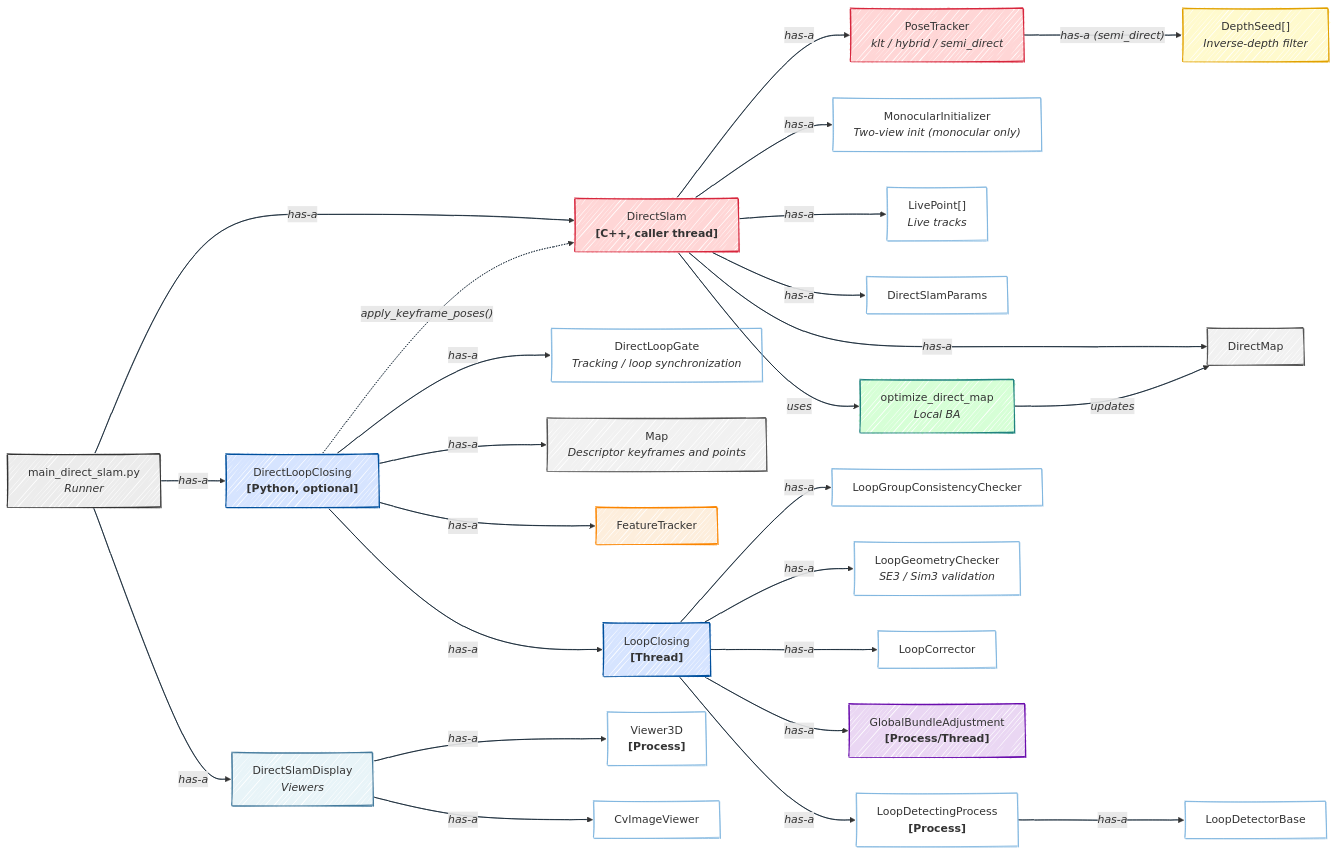
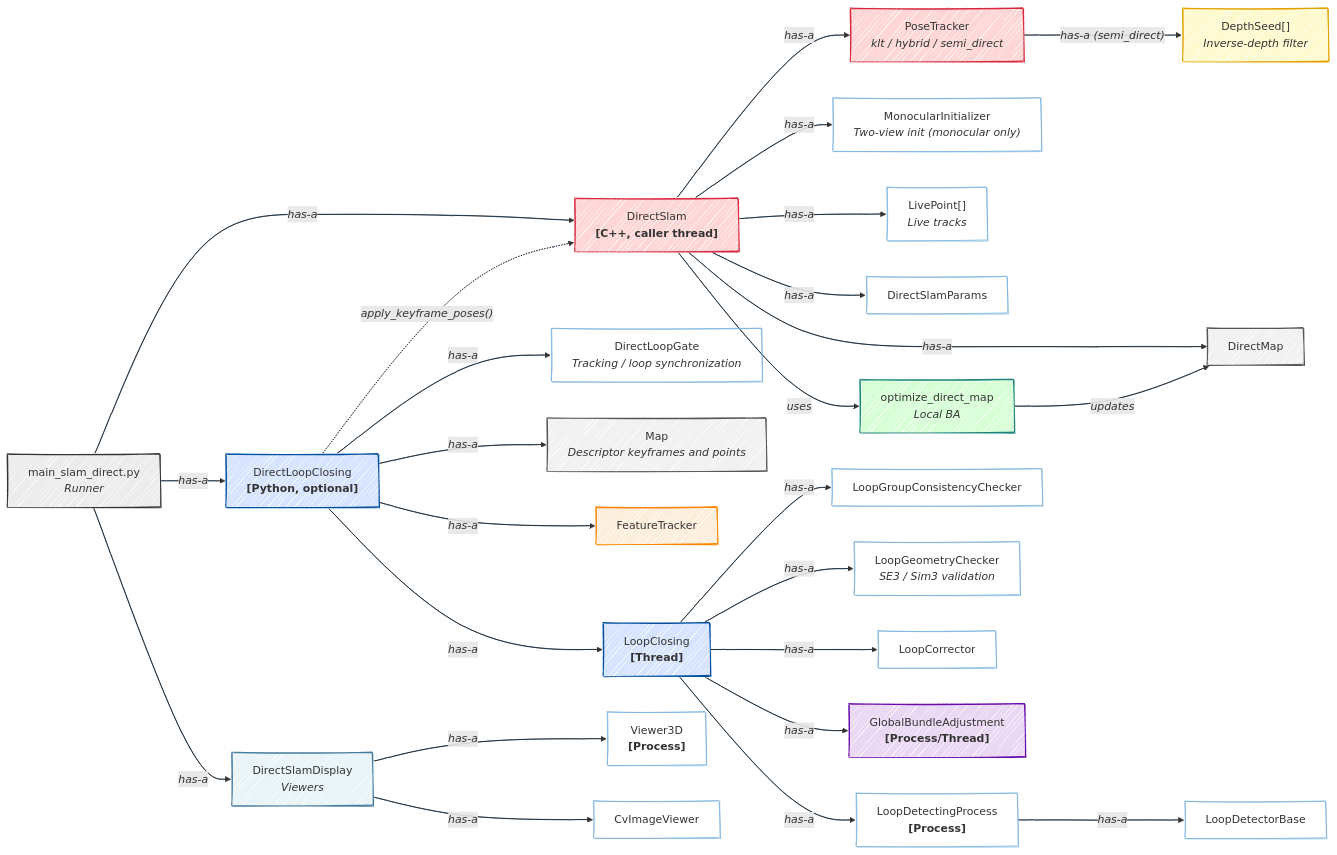
The diagram in docs/images/direct_slam/direct_slam_components.mmd (luigifreda/pyslam), drawn with Mermaid before and after one commit. The commit also changed 48 other files, not shown here.

First line of the commit message:
Harden direct SLAM: review fixes, relocalization, undistortion

```diff
--- a/docs/images/direct_slam/direct_slam_components.mmd
+++ b/docs/images/direct_slam/direct_slam_components.mmd
@@ -1,66 +1,66 @@
 ---
 config:
   look: handDrawn
   flowchart:
     wrappingWidth: 400
 ---
 graph LR;
-    %% Direct / semi-direct SLAM components (main_direct_slam.py, cpp/core/slam_direct, pyslam/slam/direct_loop_closing.py)
+    %% Direct / semi-direct SLAM components (main_slam_direct.py, cpp/core/slam_direct, pyslam/slam/direct_loop_closing.py)
     linkStyle default stroke:#021526,stroke-width:1px,font-size:16px;
 
     classDef system fill:#ECECEC,stroke:#333333,stroke-width:1.5px,font-size:16px;
     classDef moduleTracking fill:#FFD6D6,stroke:#D7263D,stroke-width:1.5px,font-size:16px;
     classDef moduleLocalMapping fill:#D6FFD6,stroke:#218380,stroke-width:1.5px,font-size:16px;
     classDef moduleLoopClosing fill:#D6E4FF,stroke:#00509D,stroke-width:1.5px,font-size:16px;
     classDef moduleDepthFilter fill:#FFFACD,stroke:#E1A100,stroke-width:1.5px,font-size:16px;
     classDef moduleGlobalBA fill:#EAD7F3,stroke:#6A0DAD,stroke-width:1.5px,font-size:16px;
     classDef moduleMap fill:#F1F1F1,stroke:#555555,stroke-width:1.5px,font-size:16px;
     classDef moduleFeatureTracker fill:#FDEEDC,stroke:#FB8500,stroke-width:1.5px,font-size:16px;
     classDef moduleViz fill:#E8F4F8,stroke:#457B9D,stroke-width:1.5px,font-size:16px;
 
     classDef component fill:none,stroke:#6EACDA,stroke-width:1px,font-size:16px;
 
     %% Runner
-    Runner["main_direct_slam.py<br><i>Runner</i>"];
+    Runner["main_slam_direct.py<br><i>Runner</i>"];
     Runner -->|"`_has-a_`"| DirectSlam["DirectSlam<br><b>[C++, caller thread]</b>"];
     Runner -->|"`_has-a_`"| DirectLoopClosing["DirectLoopClosing<br><b>[Python, optional]</b>"];
     Runner -->|"`_has-a_`"| DirectSlamDisplay["DirectSlamDisplay<br><i>Viewers</i>"];
 
     %% C++ core
     DirectSlam -->|"`_has-a_`"| PoseTracker["PoseTracker<br><i>klt / hybrid / semi_direct</i>"];
     DirectSlam -->|"`_has-a_`"| MonocularInitializer["MonocularInitializer<br><i>Two-view init (monocular only)</i>"];
     DirectSlam -->|"`_has-a_`"| DirectMap;
     DirectSlam -->|"`_has-a_`"| LivePoints["LivePoint[]<br><i>Live tracks</i>"];
     DirectSlam -->|"`_has-a_`"| DirectSlamParams;
     DirectSlam -->|"`_uses_`"| DirectBackend["optimize_direct_map<br><i>Local BA</i>"];
     DirectBackend -->|"`_updates_`"| DirectMap;
     PoseTracker -->|"`_has-a (semi_direct)_`"| DepthSeeds["DepthSeed[]<br><i>Inverse-depth filter</i>"];
 
     %% Loop closing (reuses the indirect pipeline's LoopClosing)
     DirectLoopClosing -->|"`_has-a_`"| DirectLoopGate["DirectLoopGate<br><i>Tracking / loop synchronization</i>"];
     DirectLoopClosing -->|"`_has-a_`"| Map["Map<br><i>Descriptor keyframes and points</i>"];
     DirectLoopClosing -->|"`_has-a_`"| FeatureTracker;
     DirectLoopClosing -->|"`_has-a_`"| LoopClosing["LoopClosing<br><b>[Thread]</b>"];
     LoopClosing -->|"`_has-a_`"| LoopDetectingProcess["LoopDetectingProcess<br><b>[Process]</b>"];
     LoopDetectingProcess -->|"`_has-a_`"| LoopDetectorBase;
     LoopClosing -->|"`_has-a_`"| LoopGroupConsistencyChecker;
     LoopClosing -->|"`_has-a_`"| LoopGeometryChecker["LoopGeometryChecker<br><i>SE3 / Sim3 validation</i>"];
     LoopClosing -->|"`_has-a_`"| LoopCorrector;
     LoopClosing -->|"`_has-a_`"| GlobalBundleAdjustment["GlobalBundleAdjustment<br><b>[Process/Thread]</b>"];
     DirectLoopClosing -.->|"`_apply_keyframe_poses()_`"| DirectSlam;
 
     %% Visualization
     DirectSlamDisplay -->|"`_has-a_`"| Viewer3D["Viewer3D<br><b>[Process]</b>"];
     DirectSlamDisplay -->|"`_has-a_`"| CvImageViewer;
 
     class Runner system;
     class DirectSlam,PoseTracker moduleTracking;
     class DirectBackend moduleLocalMapping;
     class DepthSeeds moduleDepthFilter;
     class DirectMap,Map moduleMap;
     class DirectLoopClosing,LoopClosing moduleLoopClosing;
     class GlobalBundleAdjustment moduleGlobalBA;
     class FeatureTracker moduleFeatureTracker;
     class DirectSlamDisplay moduleViz;
 
     class MonocularInitializer,LivePoints,DirectSlamParams,DirectLoopGate,LoopDetectingProcess,LoopDetectorBase,LoopGroupConsistencyChecker,LoopGeometryChecker,LoopCorrector,Viewer3D,CvImageViewer component;
```
